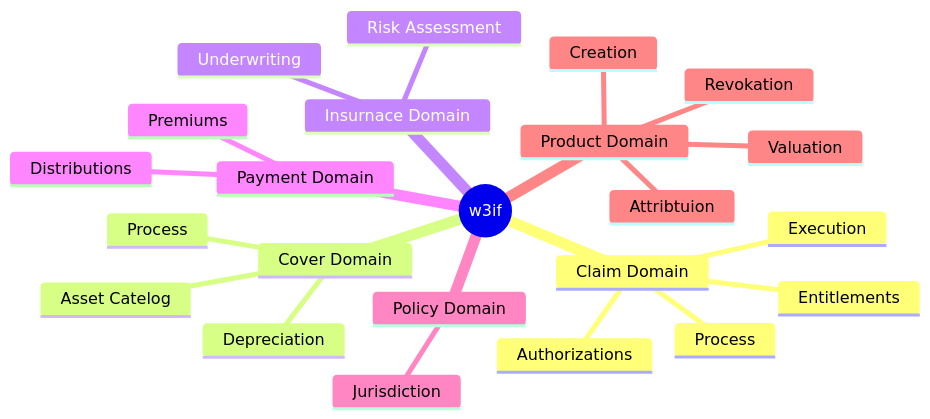
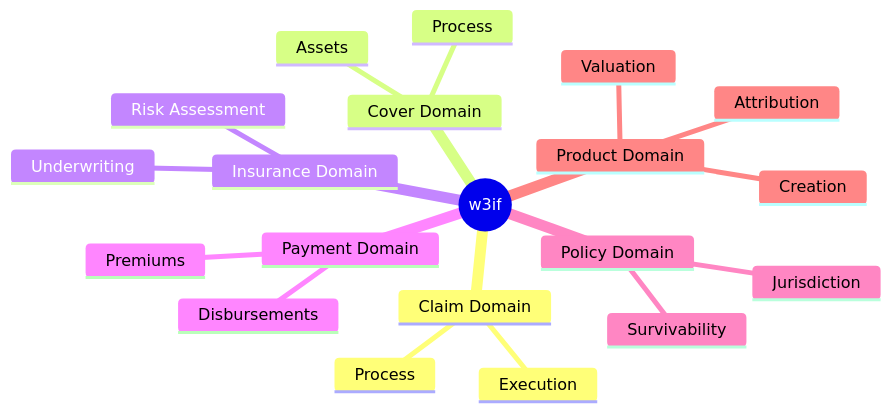
The diagram in domains/readme.md (web3-insurTech-foundation/architecture), drawn with Mermaid before and after one commit. The commit also changed other lines of this file and 7 other files, not shown here.

````diff
--- a/domains/readme.md
+++ b/domains/readme.md
@@ -18,26 +18,23 @@
 ```mermaid
 mindmap
   root((w3if))
     Claim Domain
       Process
-      Authorizations
-      Entitlements
       Execution
     Cover Domain
       Process
-      Asset Catelog
-      Depreciation
-    Insurnace Domain
+      Assets 
+    Insurance Domain
       Underwriting
       Risk Assessment
     Payment Domain
       Premiums
-      Distributions
+      Disbursements
     Policy Domain
       Jurisdiction
+      Survivability
     Product Domain
       Creation
       Valuation
-      Attribtuion
-      Revokation
+      Attribution
 ```
````
